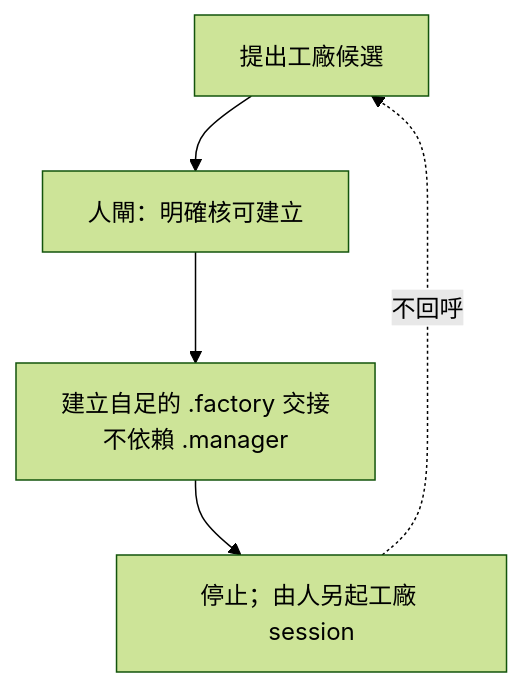
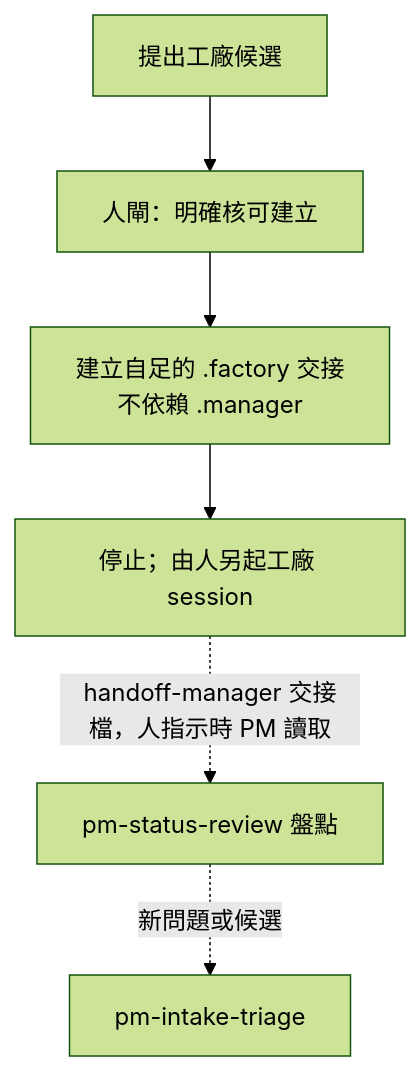
Before and after one commit to nekojuice/.agents: the second of 2 diagrams in orchestrator-pm-readme.md, drawn with Mermaid (forest theme). The commit also changed other lines of this file and 46 other files, not shown here.

````diff
--- a/orchestrator-pm-readme.md
+++ b/orchestrator-pm-readme.md
@@ -82,7 +87,8 @@
 ```mermaid
 flowchart TD
   A[提出工廠候選] --> B[人閘：明確核可建立]
   B --> C[建立自足的 .factory 交接<br/>不依賴 .manager]
   C --> D[停止；由人另起工廠 session]
-  D -. 不回呼 .-> A
+  D -. handoff-manager 交接檔，人指示時 PM 讀取 .-> E[pm-status-review 盤點]
+  E -. 新問題或候選 .-> T[pm-intake-triage]
 ```
````
